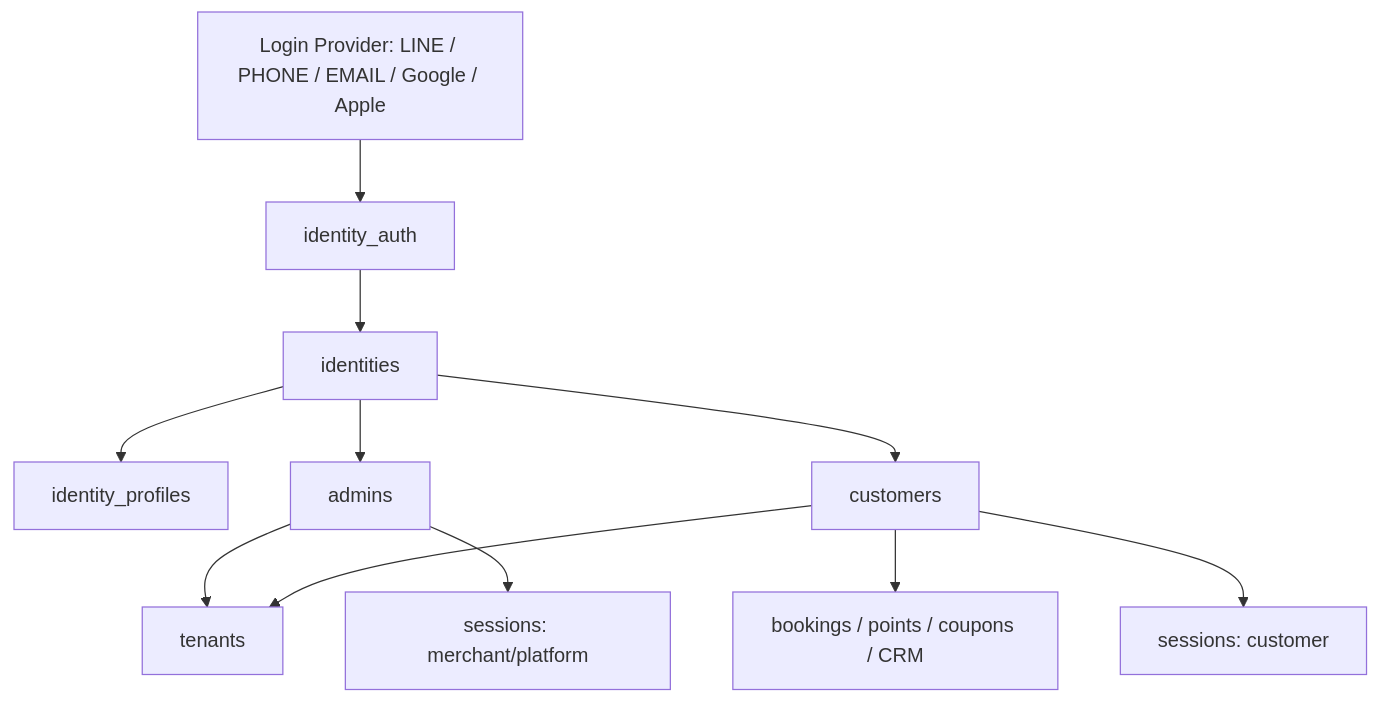
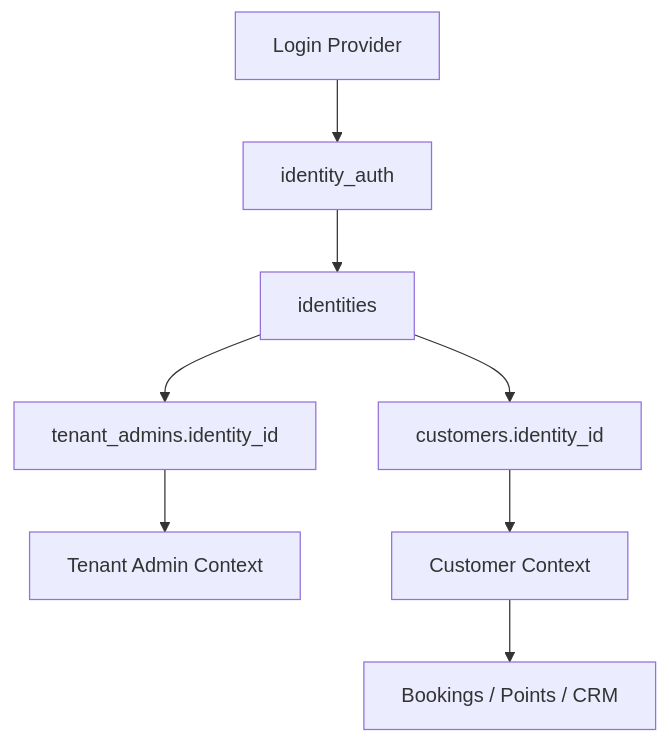
One commit to fangwl591021/BookingOS changed the second of 2 diagrams in docs/IDENTITY_REVIEW.md. Above: the diagram before and after it, drawn with Mermaid. The commit also changed other lines of this file and 7 other files, not shown here.

Commit message:
docs: freeze identity schema

````diff
--- a/docs/IDENTITY_REVIEW.md
+++ b/docs/IDENTITY_REVIEW.md
@@ -441,13 +203,10 @@
 ```mermaid
 flowchart TD
-  A["Login Provider: LINE / PHONE / EMAIL / Google / Apple"] --> B["identity_auth"]
-  B --> C["identities"]
-  C --> D["identity_profiles"]
-  C --> E["admins"]
-  C --> F["customers"]
-  E --> G["tenants"]
-  F --> G
-  F --> H["bookings / points / coupons / CRM"]
-  E --> I["sessions: merchant/platform"]
-  F --> J["sessions: customer"]
+  A[Login Provider] --> B[identity_auth]
+  B --> C[identities]
+  C --> D[tenant_admins.identity_id]
+  C --> E[customers.identity_id]
+  D --> F[Tenant Admin Context]
+  E --> G[Customer Context]
+  G --> H[Bookings / Points / CRM]
 ```
````
